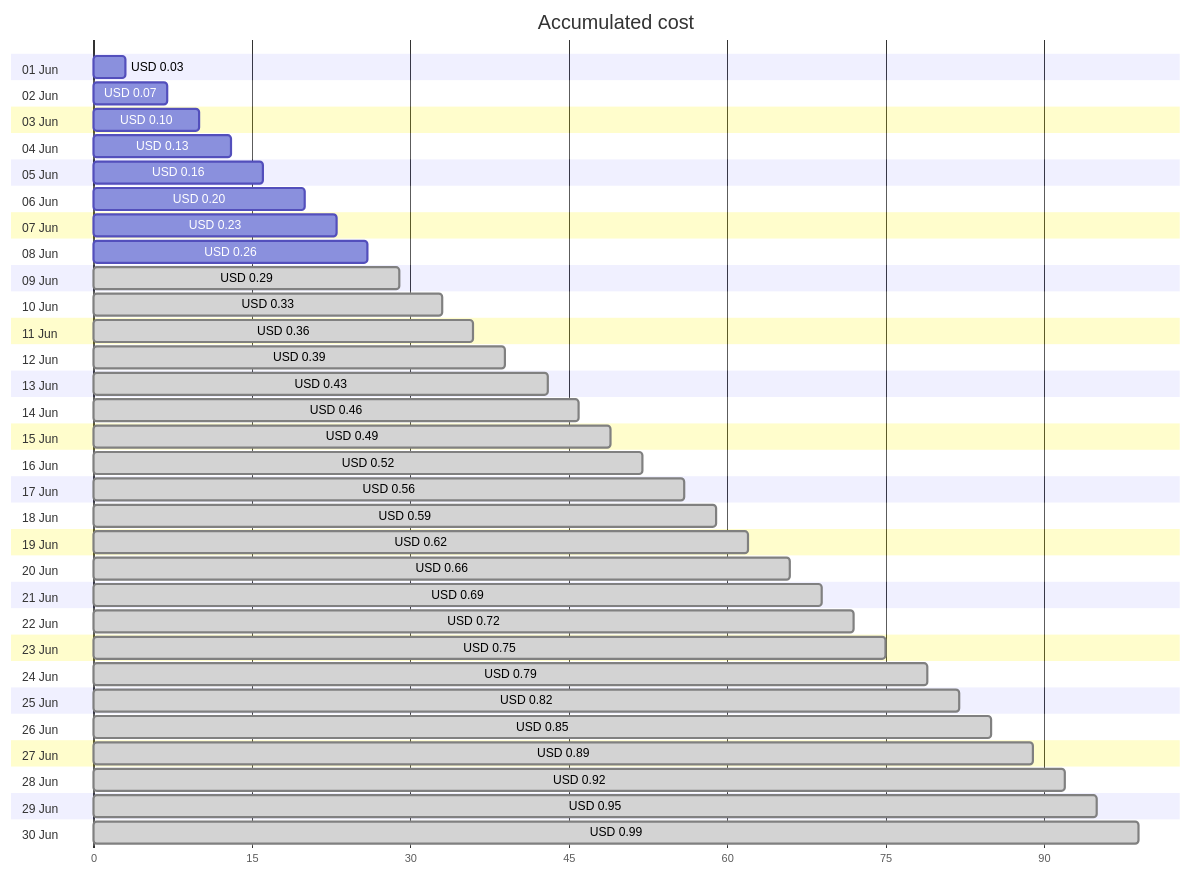
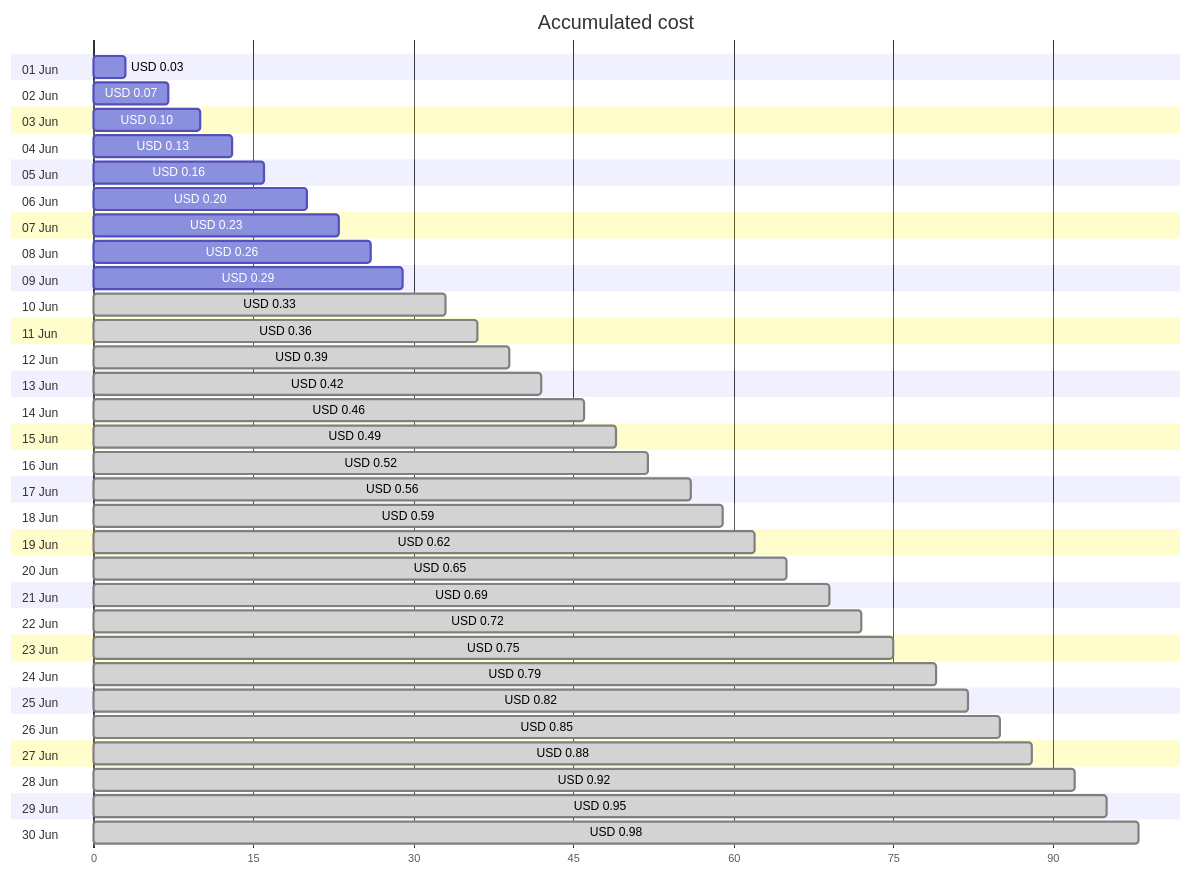
The first of 4 diagrams in cost-reports/personal-dns/README.md (jpfulton/azure-personal-reports), drawn with Mermaid before and after one commit. The commit also changed other lines of this file and 2 other files, not shown here.

````diff
--- a/cost-reports/personal-dns/README.md
+++ b/cost-reports/personal-dns/README.md
@@ -20,66 +20,66 @@
 ```mermaid
 gantt
    title Accumulated cost
    dateFormat  X
    axisFormat %s
    section 01 Jun
    USD 0.03 :0, 3
    section 02 Jun
    USD 0.07 :0, 7
    section 03 Jun
    USD 0.10 :0, 10
    section 04 Jun
    USD 0.13 :0, 13
    section 05 Jun
    USD 0.16 :0, 16
    section 06 Jun
    USD 0.20 :0, 20
    section 07 Jun
    USD 0.23 :0, 23
    section 08 Jun
    USD 0.26 :0, 26
    section 09 Jun
-   USD 0.29 : done, 0, 29
+   USD 0.29 :0, 29
    section 10 Jun
    USD 0.33 : done, 0, 33
    section 11 Jun
    USD 0.36 : done, 0, 36
    section 12 Jun
    USD 0.39 : done, 0, 39
    section 13 Jun
-   USD 0.43 : done, 0, 43
+   USD 0.42 : done, 0, 42
    section 14 Jun
    USD 0.46 : done, 0, 46
    section 15 Jun
    USD 0.49 : done, 0, 49
    section 16 Jun
    USD 0.52 : done, 0, 52
    section 17 Jun
    USD 0.56 : done, 0, 56
    section 18 Jun
    USD 0.59 : done, 0, 59
    section 19 Jun
    USD 0.62 : done, 0, 62
    section 20 Jun
-   USD 0.66 : done, 0, 66
+   USD 0.65 : done, 0, 65
    section 21 Jun
    USD 0.69 : done, 0, 69
    section 22 Jun
    USD 0.72 : done, 0, 72
    section 23 Jun
    USD 0.75 : done, 0, 75
    section 24 Jun
    USD 0.79 : done, 0, 79
    section 25 Jun
    USD 0.82 : done, 0, 82
    section 26 Jun
    USD 0.85 : done, 0, 85
    section 27 Jun
-   USD 0.89 : done, 0, 89
+   USD 0.88 : done, 0, 88
    section 28 Jun
    USD 0.92 : done, 0, 92
    section 29 Jun
    USD 0.95 : done, 0, 95
    section 30 Jun
-   USD 0.99 : done, 0, 99
+   USD 0.98 : done, 0, 98
 ```
````
